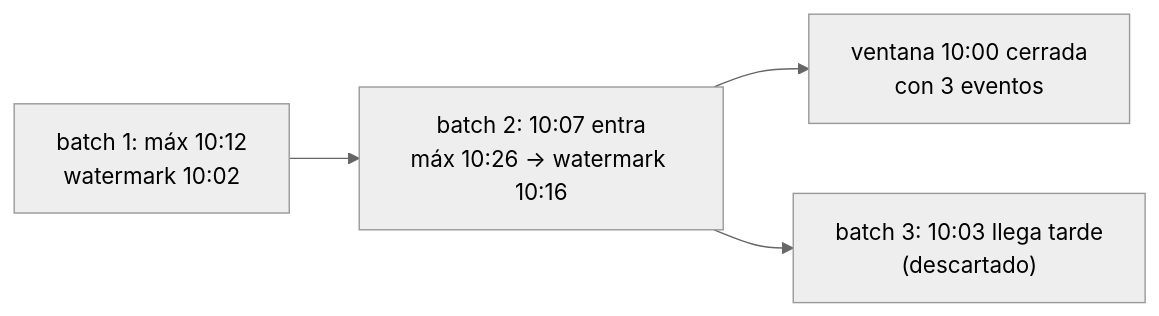
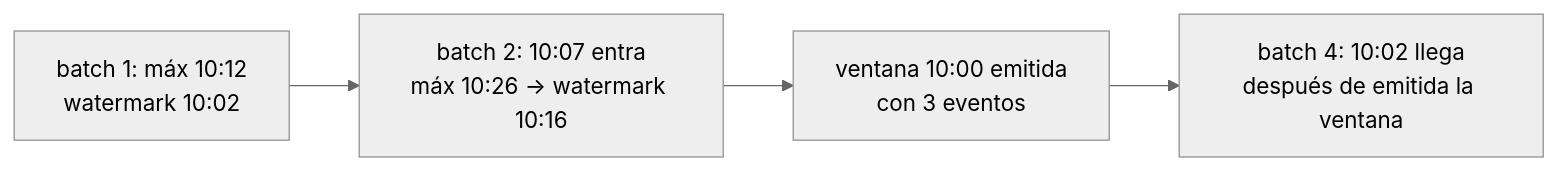
One commit to fcp4891/de-knowledge-hub changed the diagram in content/concepts/watermarks.md. Above: the diagram before and after it, drawn with Mermaid (neutral theme). The commit also changed other lines of this file and 2 other files, not shown here.

First line of the commit message:
F3b-14b: watermarks y spark-structured-streaming con orden de archivos fijo

````diff
--- a/content/concepts/watermarks.md
+++ b/content/concepts/watermarks.md
@@ -132,6 +132,6 @@
 ```mermaid
 flowchart LR
   B1["batch 1: máx 10:12<br/>watermark 10:02"] --> B2["batch 2: 10:07 entra<br/>máx 10:26 → watermark 10:16"]
-  B2 --> C["ventana 10:00 cerrada<br/>con 3 eventos"]
-  B2 --> B3["batch 3: 10:03 llega tarde<br/>(descartado)"]
+  B2 --> C["ventana 10:00 emitida<br/>con 3 eventos"]
+  C --> B4["batch 4: 10:02 llega<br/>después de emitida la ventana"]
 ```
````
